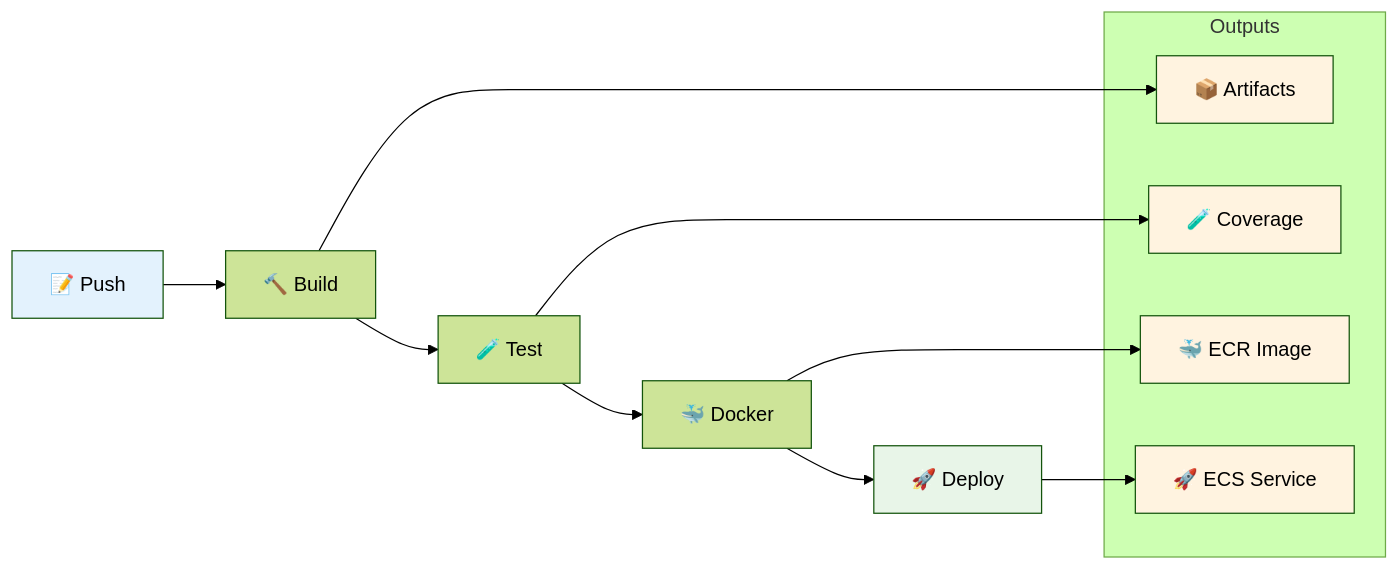
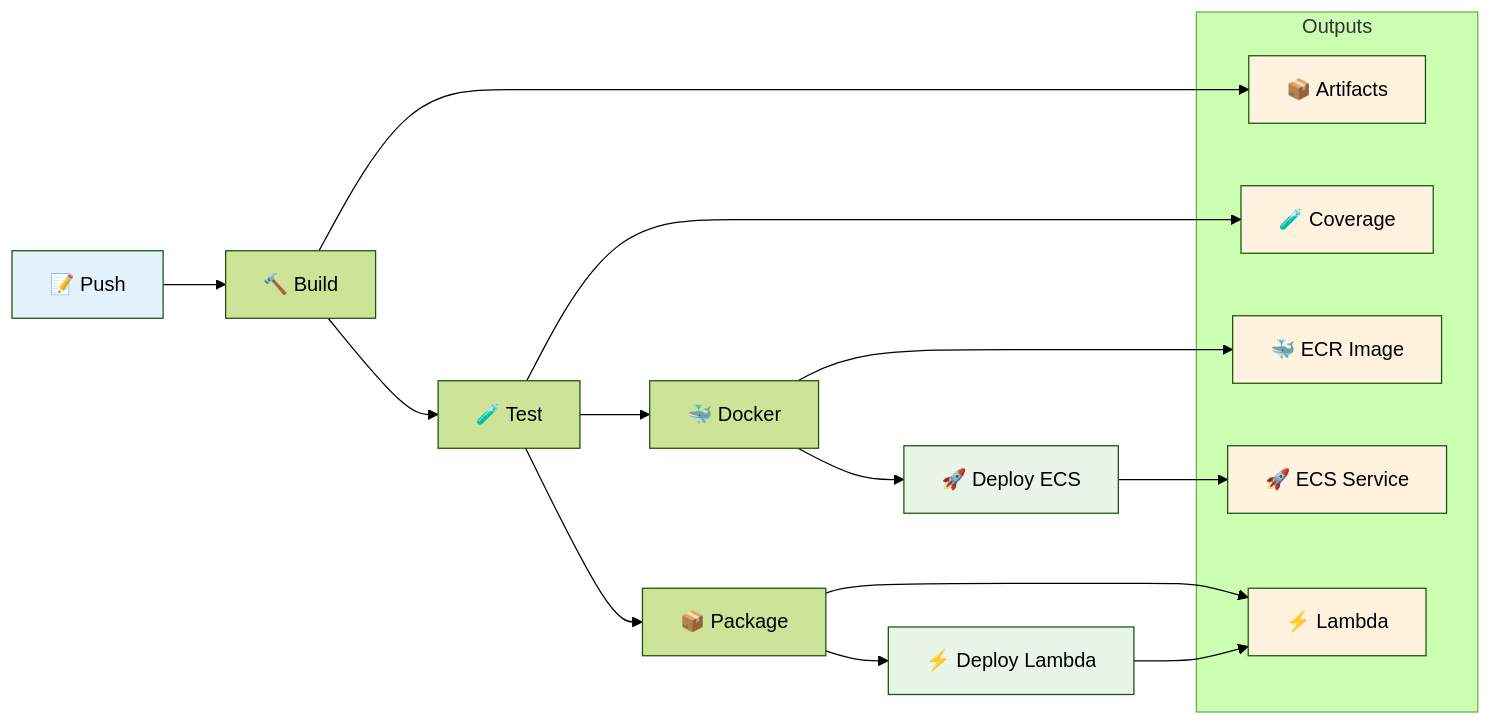
Before and after one commit to invoisys/infra-ci-cd: the diagram in README.md, drawn with Mermaid (forest theme). The commit also changed other lines of this file and 8 other files, not shown here.

````diff
--- a/README.md
+++ b/README.md
@@ -13,26 +13,33 @@
 ```mermaid
 graph LR
     A[📝 Push] --> B[🔨 Build]
     B --> C[🧪 Test]
     C --> D[🐳 Docker]
-    D --> E[🚀 Deploy]
+    C --> D2[📦 Package]
+    D --> E[🚀 Deploy ECS]
+    D2 --> E2[⚡ Deploy Lambda]
     
     subgraph "Outputs"
         F[📦 Artifacts]
         G[🧪 Coverage]
         H[🐳 ECR Image]
         I[🚀 ECS Service]
+        J[⚡ Lambda]
     end
     
     B --> F
     C --> G
     D --> H
     E --> I
+    D2 --> J
+    E2 --> J
     
     style A fill:#e3f2fd
     style E fill:#e8f5e8
+    style E2 fill:#e8f5e8
     style F fill:#fff3e0
     style G fill:#fff3e0
     style H fill:#fff3e0
     style I fill:#fff3e0
+    style J fill:#fff3e0
 ```
````
